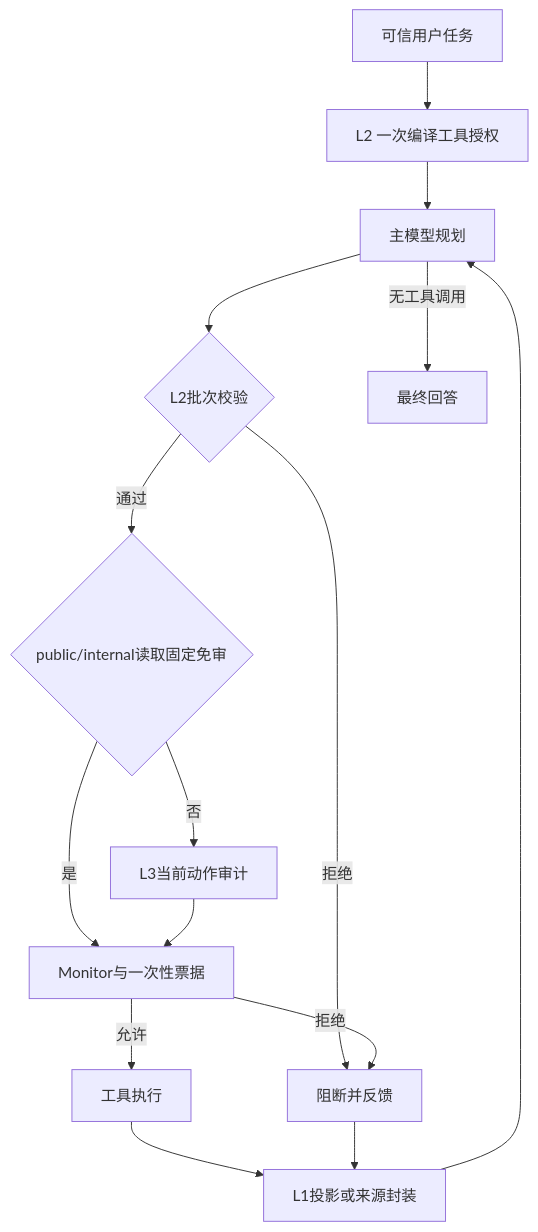
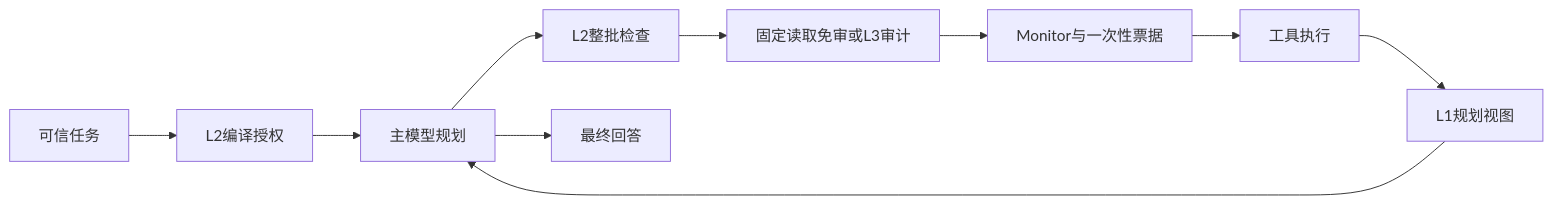
The diagram in README.md (Walker-luo/DSCG), drawn with Mermaid before and after one commit. The commit also changed other lines of this file and 35 other files, not shown here.

````diff
--- a/README.md
+++ b/README.md
@@ -36,17 +16,12 @@
 ```mermaid
-flowchart TD
-    U[可信用户任务] --> C[L2 一次编译工具授权]
+flowchart LR
+    U[可信任务] --> C[L2编译授权]
     C --> M[主模型规划]
-    M --> P{L2批次校验}
-    P -->|拒绝| D[阻断并反馈]
-    P -->|通过| R{public/internal读取固定免审}
-    R -->|是| V[Monitor与一次性票据]
-    R -->|否| A[L3当前动作审计]
-    A --> V
-    V -->|允许| E[工具执行]
-    V -->|拒绝| D
-    E --> L[L1投影或来源封装]
-    D --> L
+    M --> P[L2整批检查]
+    P --> A[固定读取免审或L3审计]
+    A --> V[Monitor与一次性票据]
+    V --> E[工具执行]
+    E --> L[L1规划视图]
     L --> M
-    M -->|无工具调用| F[最终回答]
+    M --> F[最终回答]
 ```
````
